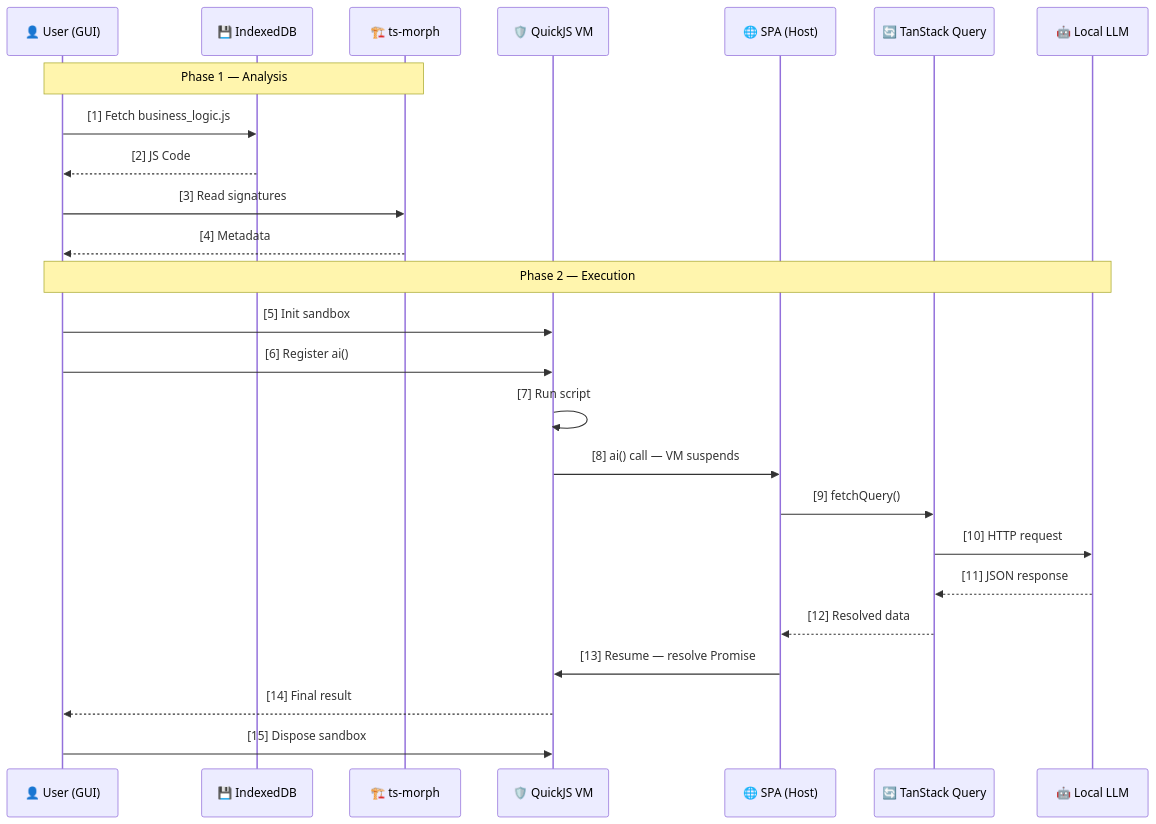
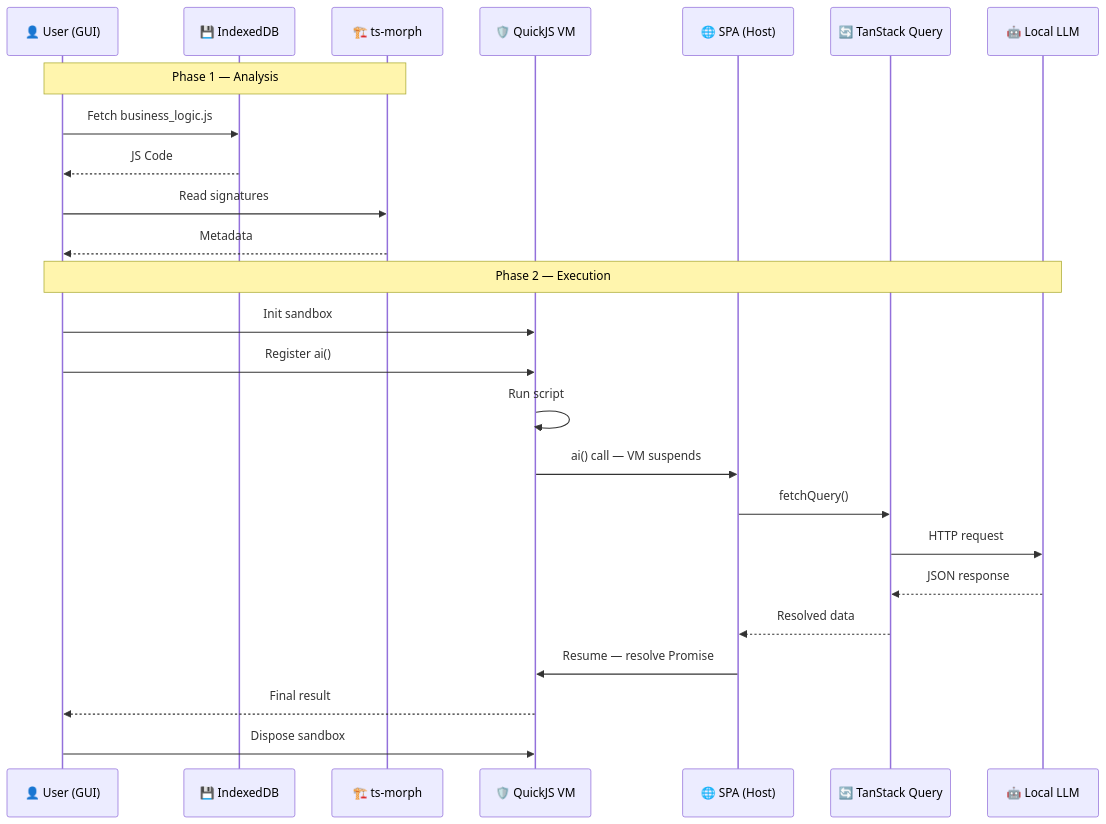
Before and after one commit to rimvydasb/open-modeler-ts: the diagram in docs/ARCHITECTURE.md, drawn with Mermaid. The commit also changed other lines of this file, not shown here.

Commit message:
refactor architecture documentation for clarity and consistency

````diff
--- a/docs/ARCHITECTURE.md
+++ b/docs/ARCHITECTURE.md
@@ -16,27 +16,27 @@
 ```mermaid
 sequenceDiagram
     participant User as 👤 User (GUI)
     participant IDB as 💾 IndexedDB
     participant TSM as 🏗️ ts-morph
     participant QJS as 🛡️ QuickJS VM
     participant SPA as 🌐 SPA (Host)
     participant TSQ as 🔄 TanStack Query
     participant LLM as 🤖 Local LLM
     Note over User, TSM: Phase 1 — Analysis
-    User ->> IDB: [1] Fetch business_logic.js
-    IDB -->> User: [2] JS Code
-    User ->> TSM: [3] Read signatures
-    TSM -->> User: [4] Metadata
+    User ->> IDB: Fetch business_logic.js
+    IDB -->> User: JS Code
+    User ->> TSM: Read signatures
+    TSM -->> User: Metadata
     Note over User, LLM: Phase 2 — Execution
-    User ->> QJS: [5] Init sandbox
-    User ->> QJS: [6] Register ai()
-    QJS ->> QJS: [7] Run script
-    QJS ->> SPA: [8] ai() call — VM suspends
-    SPA ->> TSQ: [9] fetchQuery()
-    TSQ ->> LLM: [10] HTTP request
-    LLM -->> TSQ: [11] JSON response
-    TSQ -->> SPA: [12] Resolved data
-    SPA ->> QJS: [13] Resume — resolve Promise
-    QJS -->> User: [14] Final result
-    User ->> QJS: [15] Dispose sandbox
+    User ->> QJS: Init sandbox
+    User ->> QJS: Register ai()
+    QJS ->> QJS: Run script
+    QJS ->> SPA: ai() call — VM suspends
+    SPA ->> TSQ: fetchQuery()
+    TSQ ->> LLM: HTTP request
+    LLM -->> TSQ: JSON response
+    TSQ -->> SPA: Resolved data
+    SPA ->> QJS: Resume — resolve Promise
+    QJS -->> User: Final result
+    User ->> QJS: Dispose sandbox
 ```
````
